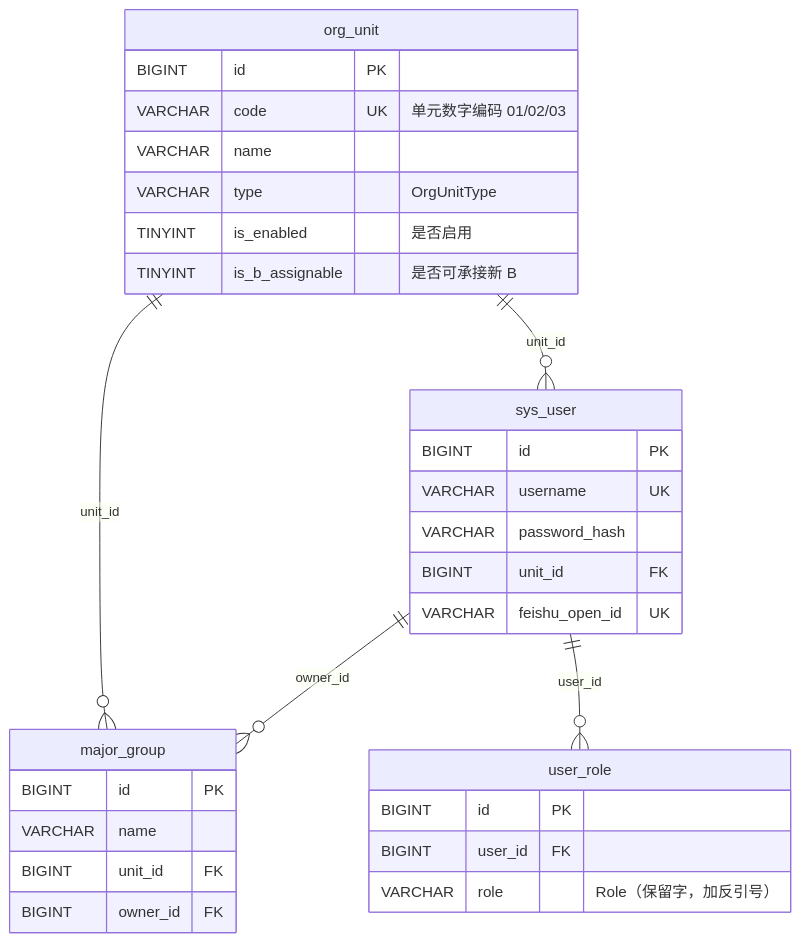
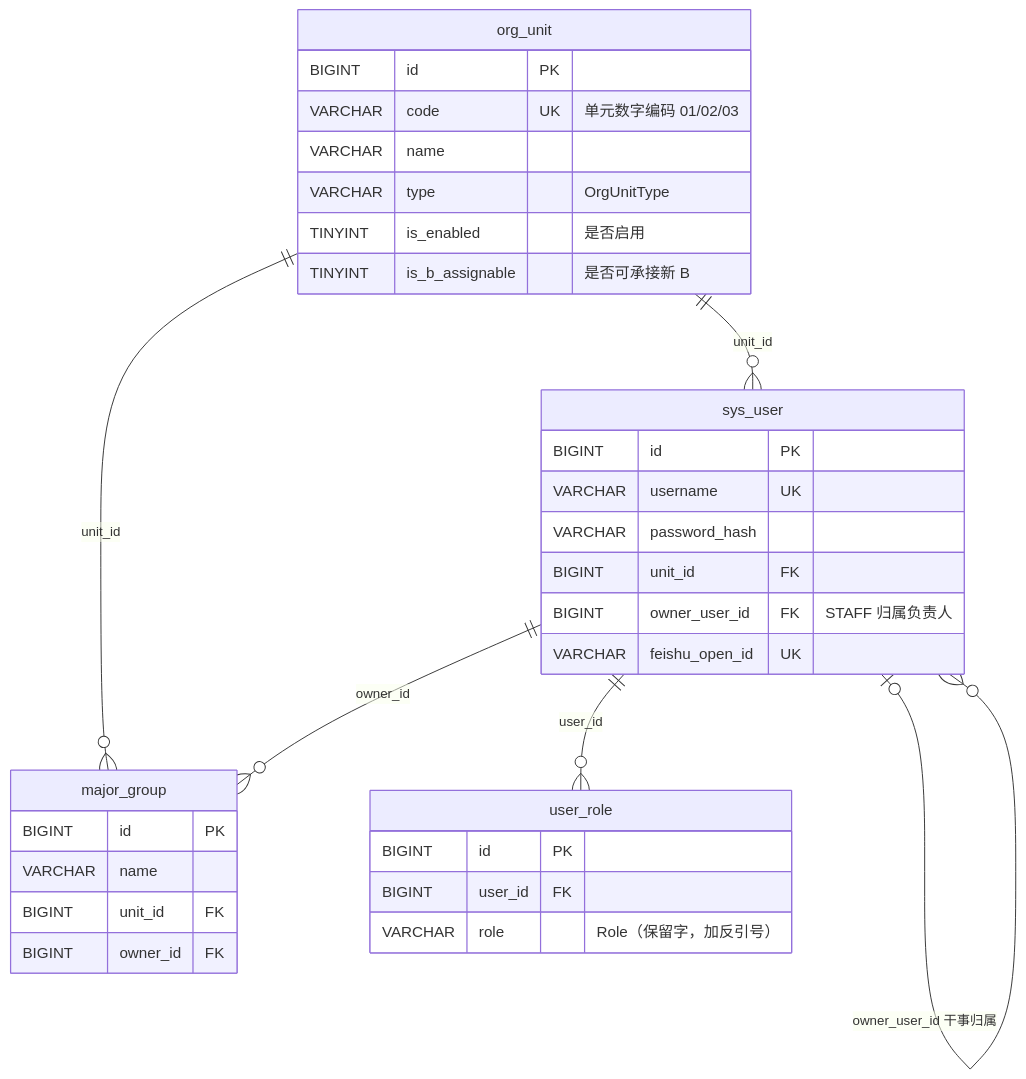
One commit to encoXJH/FR-Five-Year-Plan changed the first of 5 diagrams in docs/数据库设计.md. Above: the diagram before and after it, drawn with Mermaid. The commit also changed other lines of this file and 167 other files, not shown here.

````diff
--- a/docs/数据库设计.md
+++ b/docs/数据库设计.md
@@ -108,34 +108,36 @@
 ```mermaid
 erDiagram
   org_unit ||--o{ major_group : "unit_id"
   org_unit ||--o{ sys_user : "unit_id"
   sys_user ||--o{ user_role : "user_id"
+  sys_user |o--o{ sys_user : "owner_user_id 干事归属"
   sys_user ||--o{ major_group : "owner_id"
 
   org_unit {
     BIGINT id PK
     VARCHAR code UK "单元数字编码 01/02/03"
     VARCHAR name
     VARCHAR type "OrgUnitType"
     TINYINT is_enabled "是否启用"
     TINYINT is_b_assignable "是否可承接新 B"
   }
   major_group {
     BIGINT id PK
     VARCHAR name
     BIGINT unit_id FK
     BIGINT owner_id FK
   }
   sys_user {
     BIGINT id PK
     VARCHAR username UK
     VARCHAR password_hash
     BIGINT unit_id FK
+    BIGINT owner_user_id FK "STAFF 归属负责人"
     VARCHAR feishu_open_id UK
   }
   user_role {
     BIGINT id PK
     BIGINT user_id FK
     VARCHAR role "Role（保留字，加反引号）"
   }
 ```
````
